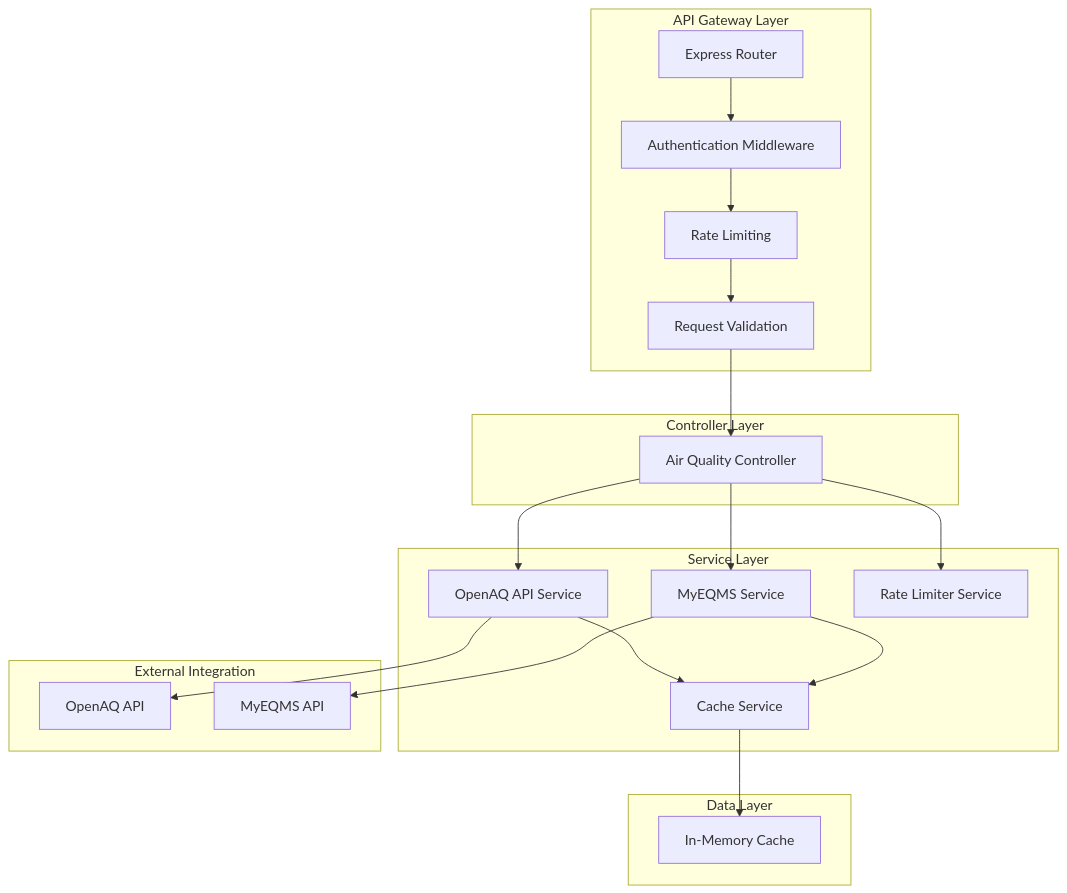
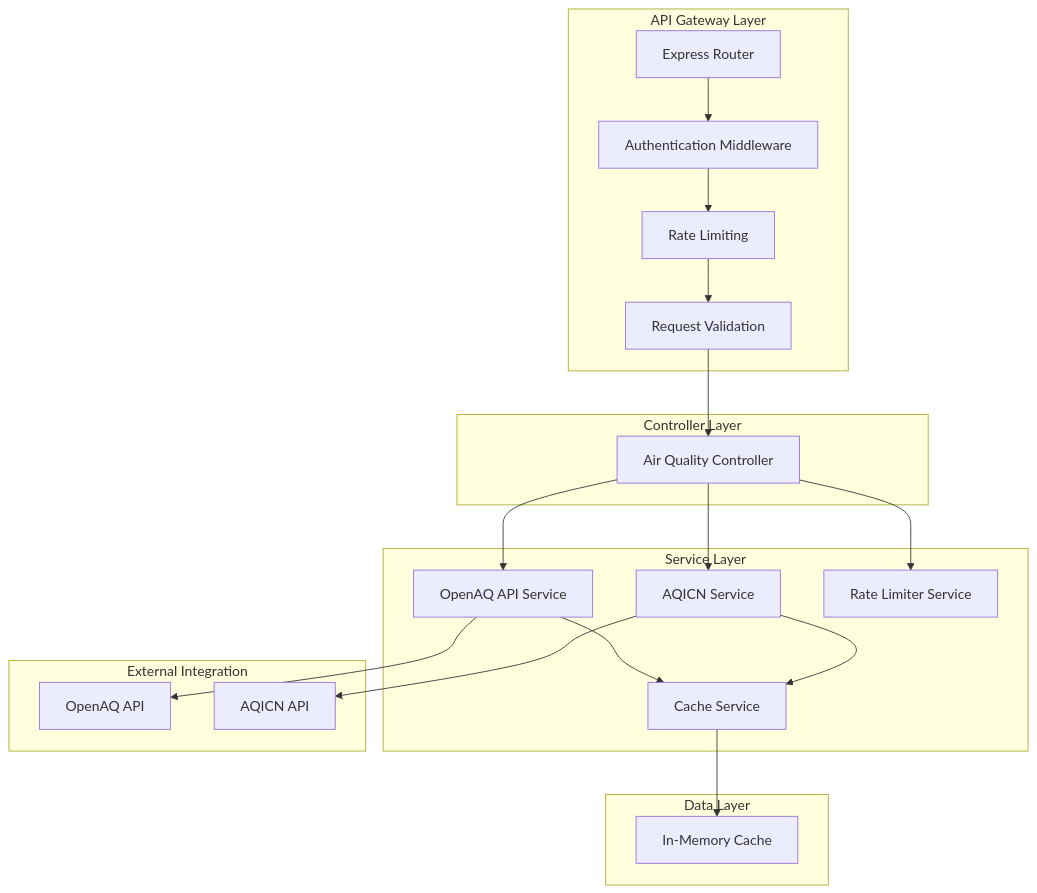
Before and after one commit to atan0168/mirrox: the fifth of 9 diagrams in docs/ARCHITECTURE.md, drawn with Mermaid. The commit also changed other lines of this file and 11 other files, not shown here.

````diff
--- a/docs/ARCHITECTURE.md
+++ b/docs/ARCHITECTURE.md
@@ -142,30 +142,30 @@
 ```mermaid
 graph TB
     subgraph "API Gateway Layer"
         A[Express Router] --> B[Authentication Middleware]
         B --> C[Rate Limiting]
         C --> D[Request Validation]
     end
 
     subgraph "Controller Layer"
         D --> E[Air Quality Controller]
     end
 
     subgraph "Service Layer"
         E --> I[OpenAQ API Service]
-        E --> J[MyEQMS Service]
+        E --> J[AQICN Service]
         E --> K[Rate Limiter Service]
 
         I --> M[Cache Service]
         J --> M
     end
 
     subgraph "Data Layer"
         M --> N[In-Memory Cache]
     end
 
     subgraph "External Integration"
         I --> P[OpenAQ API]
-        J --> Q[MyEQMS API]
+        J --> Q[AQICN API]
     end
 ```
````
